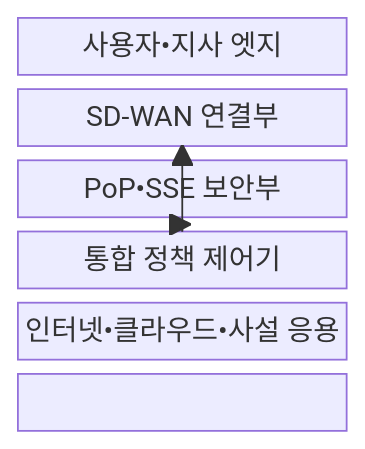
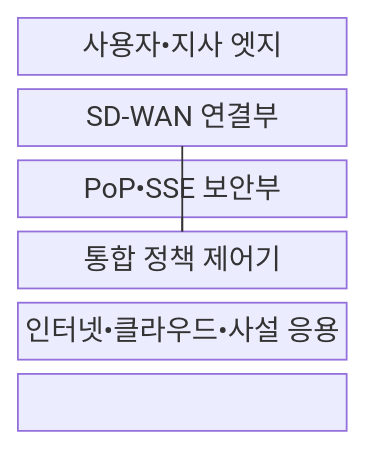
One commit to agnusdei1207/knowledge-base changed the first of 2 diagrams in src/content/docs/notes/04-network/090_sase.md. Above: the diagram before and after it, drawn with Mermaid. The commit also changed other lines of this file and 493 other files, not shown here.

````diff
--- a/src/content/docs/notes/04-network/090_sase.md
+++ b/src/content/docs/notes/04-network/090_sase.md
@@ -66,12 +66,12 @@
 ```mermaid
 block-beta
     columns 1
     EDGE["사용자•지사 엣지"]
     SDWAN["SD-WAN 연결부"]
     POP["PoP•SSE 보안부"]
     POLICY["통합 정책 제어기"]
     APP["인터넷•클라우드•사설 응용"]
-    EDGE --> SDWAN --> POP --> APP
-    POLICY --> SDWAN
-    POLICY --> POP
+    EDGE --- SDWAN --- POP --- APP
+    POLICY --- SDWAN
+    POLICY --- POP
 ```
````
